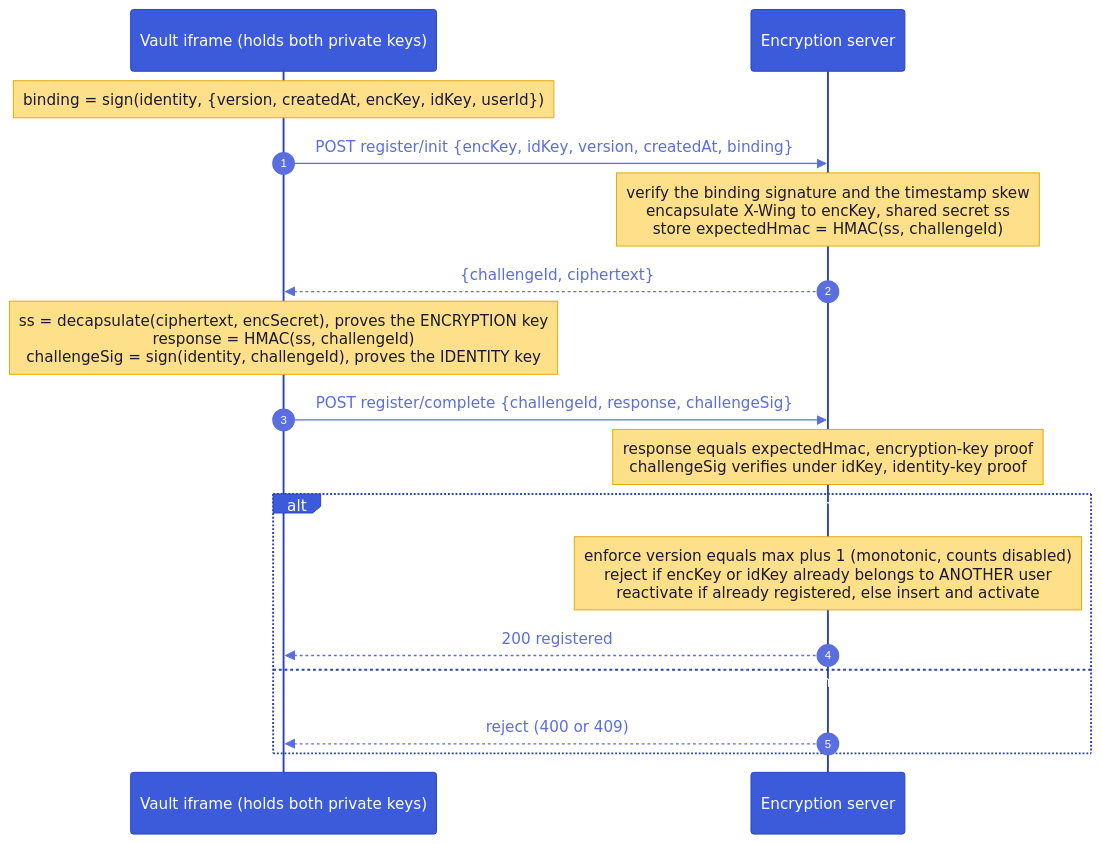
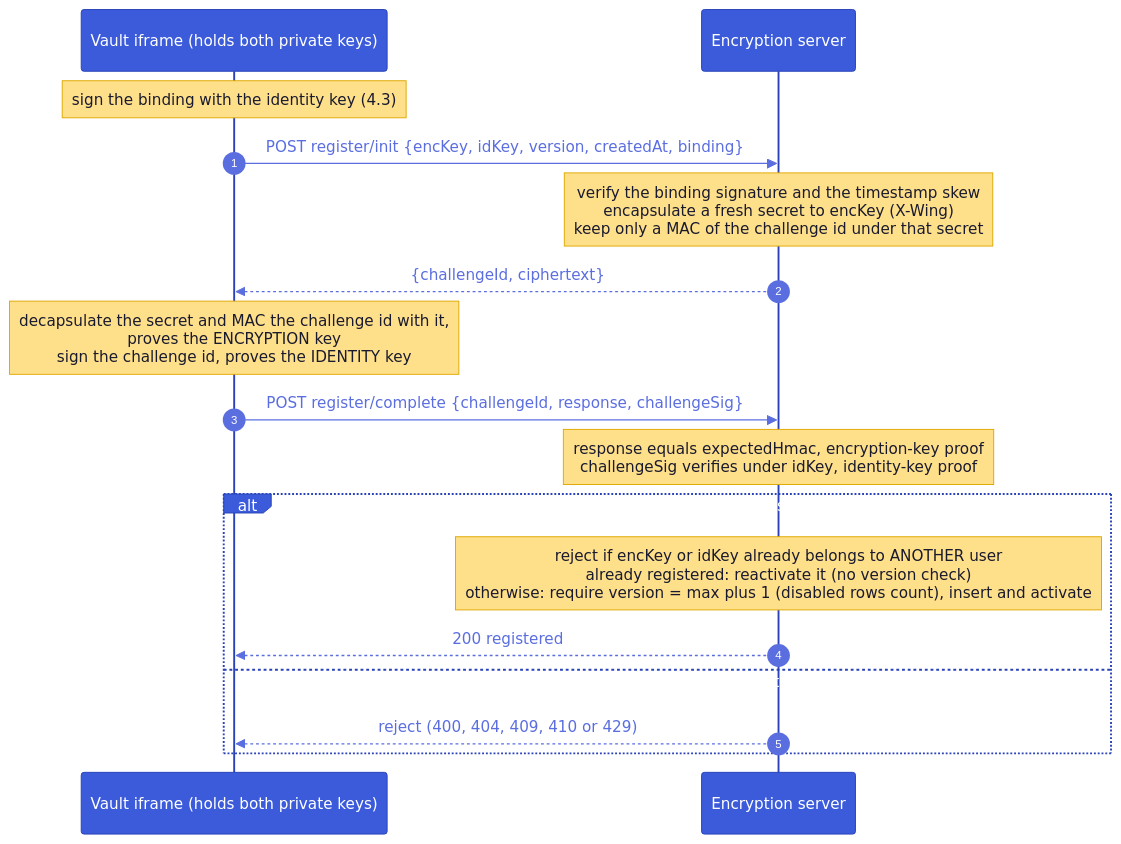
The tenth of 24 diagrams in architecture.md (suitenumerique/encryption), drawn with Mermaid before and after one commit. The commit also changed other lines of this file and 24 other files, not shown here.

Commit message:
fix(crypto): encrypt with xchacha20-poly1305 aead instead of xsalsa20 secretbox as documented + harden vault integrity checks & chore(docs): rework the architecture document

````diff
--- a/architecture.md
+++ b/architecture.md
@@ -241,20 +857,20 @@
 ```mermaid
-%%{init: {'theme':'base','themeVariables':{'actorBkg':'#3b5bdb','actorTextColor':'#fff','actorBorder':'#2942b8','signalColor':'#5b6ee0','signalTextColor':'#5b6ee0','noteBkgColor':'#ffe08a','noteTextColor':'#1a1a2e','noteBorderColor':'#e0a800','sequenceNumberColor':'#fff'}}}%%
+%%{init: {'theme':'base','look':'classic','themeVariables':{'actorBkg':'#3b5bdb','actorTextColor':'#fff','actorBorder':'#2942b8','signalColor':'#5b6ee0','signalTextColor':'#5b6ee0','noteBkgColor':'#ffe08a','noteTextColor':'#1a1a2e','noteBorderColor':'#e0a800','sequenceNumberColor':'#fff'}}}%%
 sequenceDiagram
   autonumber
   participant V as Vault iframe (holds both private keys)
   participant API as Encryption server
-  Note over V: binding = sign(identity, {version, createdAt, encKey, idKey, userId})
+  Note over V: sign the binding with the identity key (4.3)
   V->>API: POST register/init {encKey, idKey, version, createdAt, binding}
-  Note over API: verify the binding signature and the timestamp skew<br/>encapsulate X-Wing to encKey, shared secret ss<br/>store expectedHmac = HMAC(ss, challengeId)
+  Note over API: verify the binding signature and the timestamp skew<br/>encapsulate a fresh secret to encKey (X-Wing)<br/>keep only a MAC of the challenge id under that secret
   API-->>V: {challengeId, ciphertext}
-  Note over V: ss = decapsulate(ciphertext, encSecret), proves the ENCRYPTION key<br/>response = HMAC(ss, challengeId)<br/>challengeSig = sign(identity, challengeId), proves the IDENTITY key
+  Note over V: decapsulate the secret and MAC the challenge id with it,<br/>proves the ENCRYPTION key<br/>sign the challenge id, proves the IDENTITY key
   V->>API: POST register/complete {challengeId, response, challengeSig}
   Note over API: response equals expectedHmac, encryption-key proof<br/>challengeSig verifies under idKey, identity-key proof
   alt both proofs pass and the record is coherent
-    Note over API: enforce version equals max plus 1 (monotonic, counts disabled)<br/>reject if encKey or idKey already belongs to ANOTHER user<br/>reactivate if already registered, else insert and activate
+    Note over API: reject if encKey or idKey already belongs to ANOTHER user<br/>already registered: reactivate it (no version check)<br/>otherwise: require version = max plus 1 (disabled rows count), insert and activate
     API-->>V: 200 registered
   else a proof fails or the key is already taken
-    API-->>V: reject (400 or 409)
+    API-->>V: reject (400, 404, 409, 410 or 429)
   end
 ```
````
